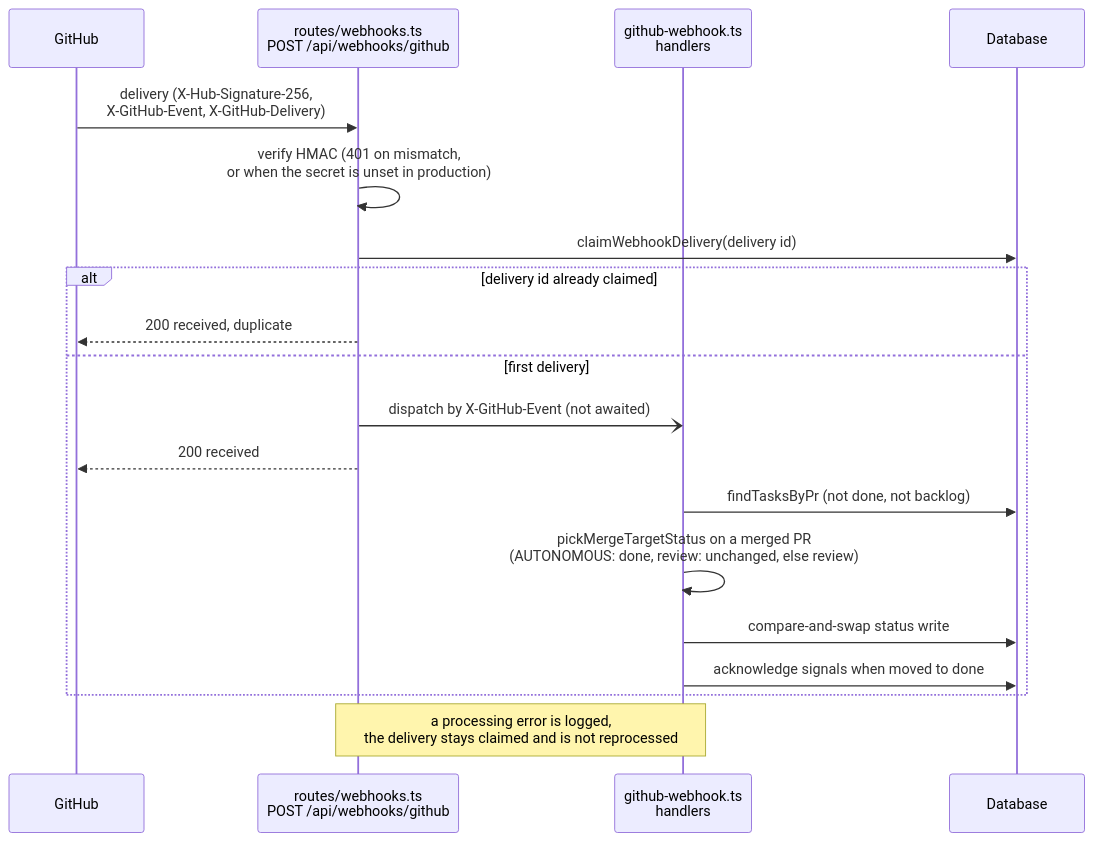
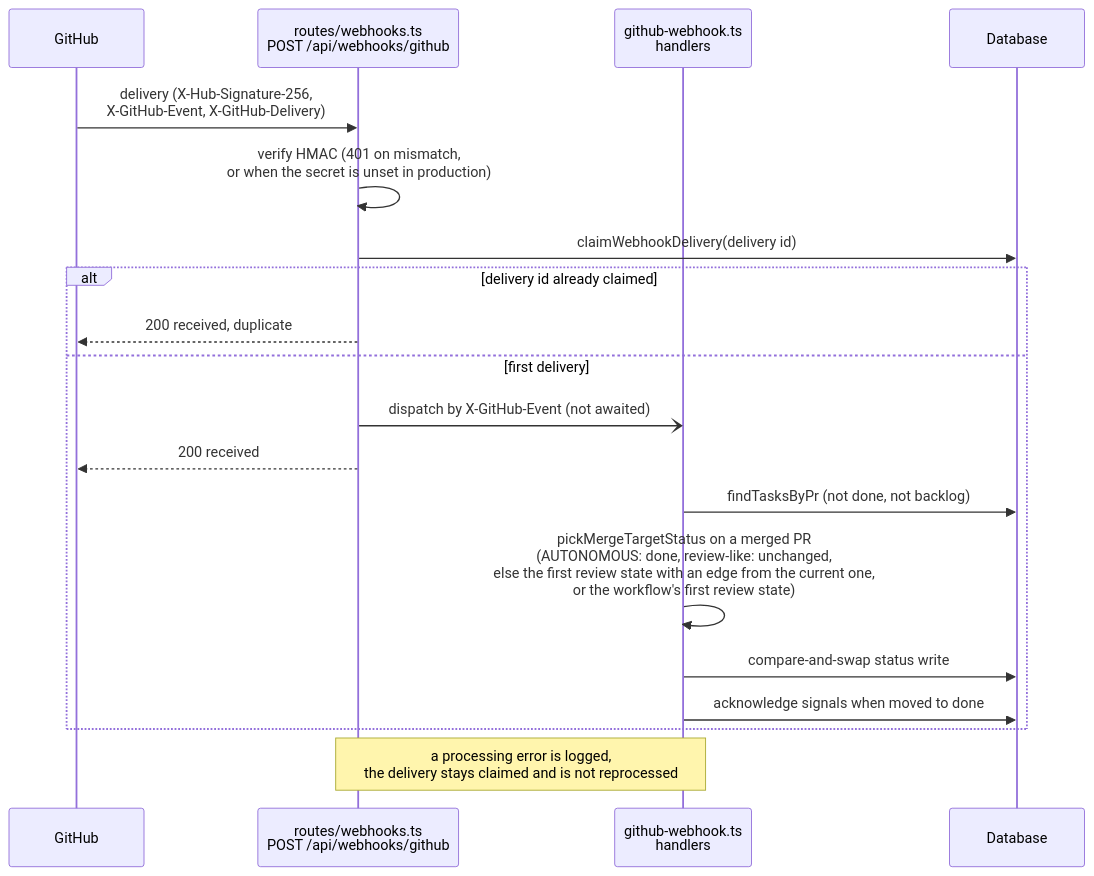
Before and after one commit to LanNguyenSi/agent-tasks: the diagram in docs/webhook-setup.md, drawn with Mermaid. The commit also changed 18 other files, not shown here.

First line of the commit message:
Webhook merge hand-off targets a review state reachable from the current state (#703)

````diff
--- a/docs/webhook-setup.md
+++ b/docs/webhook-setup.md
@@ -93,21 +93,21 @@
 ```mermaid
 sequenceDiagram
   participant GH as GitHub
   participant R as routes/webhooks.ts<br/>POST /api/webhooks/github
   participant S as github-webhook.ts<br/>handlers
   participant DB as Database
   GH->>R: delivery (X-Hub-Signature-256,<br/>X-GitHub-Event, X-GitHub-Delivery)
   R->>R: verify HMAC (401 on mismatch,<br/>or when the secret is unset in production)
   R->>DB: claimWebhookDelivery(delivery id)
   alt delivery id already claimed
     R-->>GH: 200 received, duplicate
   else first delivery
     R-)S: dispatch by X-GitHub-Event (not awaited)
     R-->>GH: 200 received
     S->>DB: findTasksByPr (not done, not backlog)
-    S->>S: pickMergeTargetStatus on a merged PR<br/>(AUTONOMOUS: done, review: unchanged, else review)
+    S->>S: pickMergeTargetStatus on a merged PR<br/>(AUTONOMOUS: done, review-like: unchanged,<br/>else the first review state with an edge from the current one,<br/>or the workflow's first review state)
     S->>DB: compare-and-swap status write
     S->>DB: acknowledge signals when moved to done
   end
   Note over R,S: a processing error is logged,<br/>the delivery stays claimed and is not reprocessed
 ```
````
